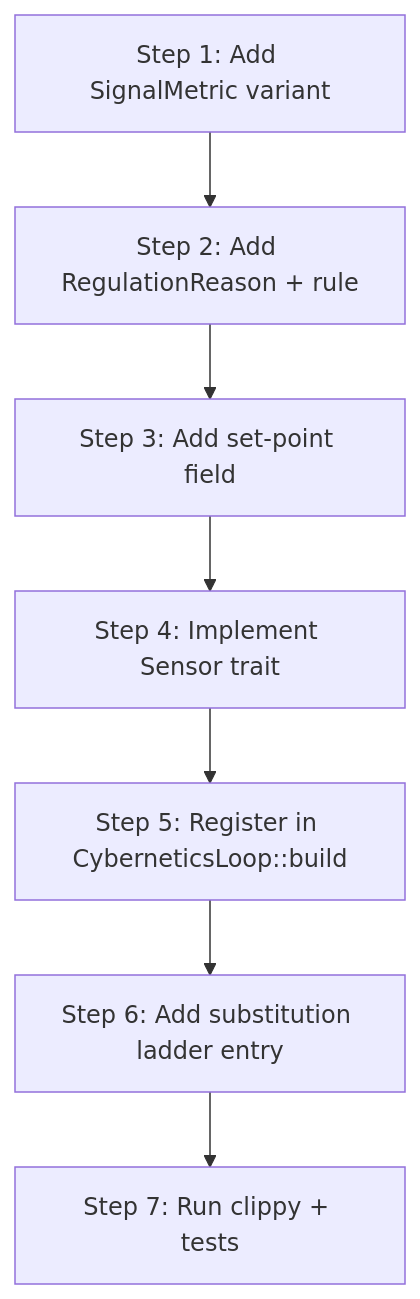
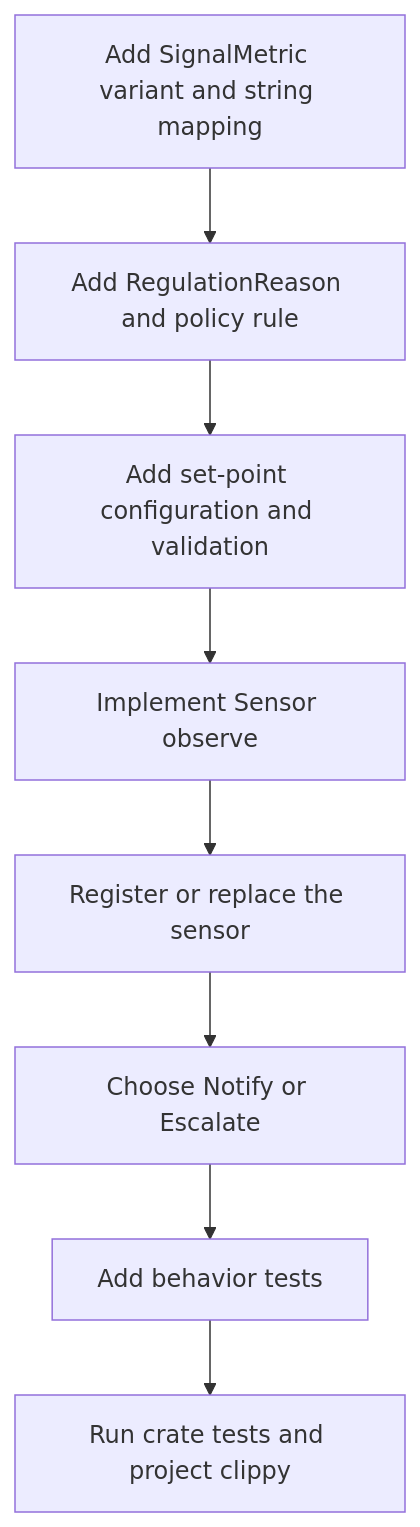
Before and after one commit to mdz-axo/zed-kask: the diagram in kask/docs/diataxis/hkask-regulation/how-to.md, drawn with Mermaid. The commit also changed other lines of this file and 12 other files, not shown here.

````diff
--- a/kask/docs/diataxis/hkask-regulation/how-to.md
+++ b/kask/docs/diataxis/hkask-regulation/how-to.md
@@ -41,9 +34,10 @@
 ```mermaid
 flowchart TD
-    A[Step 1: Add SignalMetric variant] --> B[Step 2: Add RegulationReason + rule]
-    B --> C[Step 3: Add set-point field]
-    C --> D[Step 4: Implement Sensor trait]
-    D --> E[Step 5: Register in CyberneticsLoop::build]
-    E --> F[Step 6: Add substitution ladder entry]
-    F --> G[Step 7: Run clippy + tests]
+    A[Add SignalMetric variant and string mapping] --> B[Add RegulationReason and policy rule]
+    B --> C[Add set-point configuration and validation]
+    C --> D[Implement Sensor observe]
+    D --> E[Register or replace the sensor]
+    E --> F[Choose Notify or Escalate]
+    F --> G[Add behavior tests]
+    G --> H[Run crate tests and project clippy]
 ```
````
